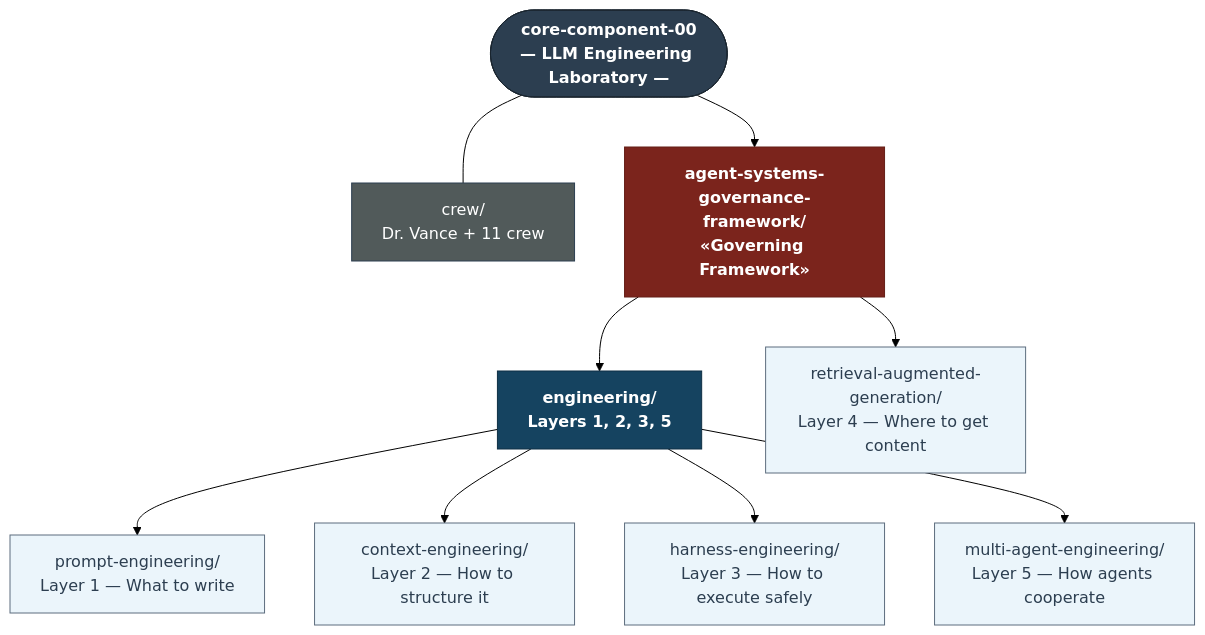
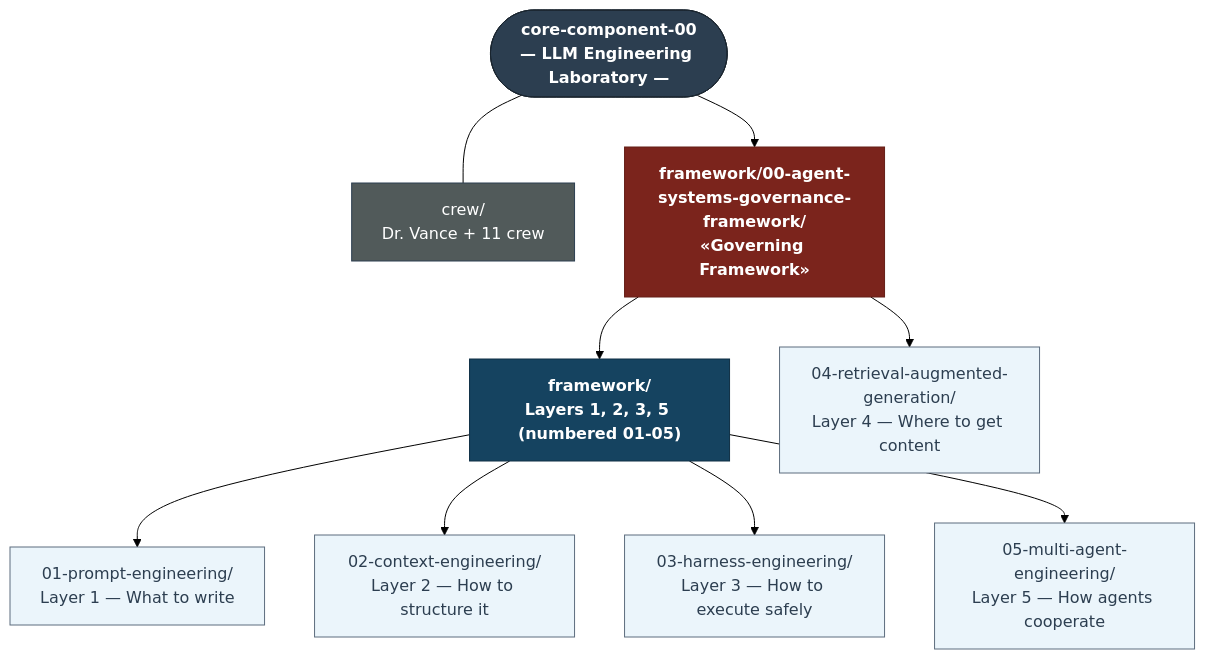
One commit to PhoenixNest/AGENT-GLOBAL-BASE changed the diagram in core-component-00/README.md. Above: the diagram before and after it, drawn with Mermaid (forest theme). The commit also changed other lines of this file and 121 other files, not shown here.

````diff
--- a/core-component-00/README.md
+++ b/core-component-00/README.md
@@ -86,33 +86,33 @@
 ```mermaid
 graph TB
     CC00(["core-component-00<br/>— LLM Engineering Laboratory —"])
     DIR["crew/<br/>Dr. Vance + 11 crew"]
-    ASGF["agent-systems-governance-framework/<br/>«Governing Framework»"]
-    ENG["engineering/<br/>Layers 1, 2, 3, 5"]
-    PE["prompt-engineering/<br/>Layer 1 — What to write"]
-    CE["context-engineering/<br/>Layer 2 — How to structure it"]
-    HE["harness-engineering/<br/>Layer 3 — How to execute safely"]
-    RAG["retrieval-augmented-generation/<br/>Layer 4 — Where to get content"]
-    MAE["multi-agent-engineering/<br/>Layer 5 — How agents cooperate"]
+    ASGF["framework/00-agent-systems-governance-framework/<br/>«Governing Framework»"]
+    ENG["framework/<br/>Layers 1, 2, 3, 5 (numbered 01-05)"]
+    PE["01-prompt-engineering/<br/>Layer 1 — What to write"]
+    CE["02-context-engineering/<br/>Layer 2 — How to structure it"]
+    HE["03-harness-engineering/<br/>Layer 3 — How to execute safely"]
+    RAG["04-retrieval-augmented-generation/<br/>Layer 4 — Where to get content"]
+    MAE["05-multi-agent-engineering/<br/>Layer 5 — How agents cooperate"]
 
     CC00 --- DIR
     CC00 --> ASGF
     ASGF --> ENG
     ASGF --> RAG
     ENG --> PE
     ENG --> CE
     ENG --> HE
     ENG --> MAE
 
     classDef lab fill:#2C3E50,stroke:#1A252F,color:#fff,font-weight:bold
     classDef ase fill:#7B241C,stroke:#641E16,color:#fff,font-weight:bold
     classDef eng fill:#154360,stroke:#0E2F44,color:#fff,font-weight:bold
     classDef mod fill:#EBF5FB,stroke:#5D6D7E,color:#2C3E50
     classDef dir fill:#515A5A,stroke:#2C3E50,color:#fff
 
     class CC00 lab
     class ASGF ase
     class ENG eng
     class PE,CE,HE,RAG,MAE mod
     class DIR dir
 ```
````
